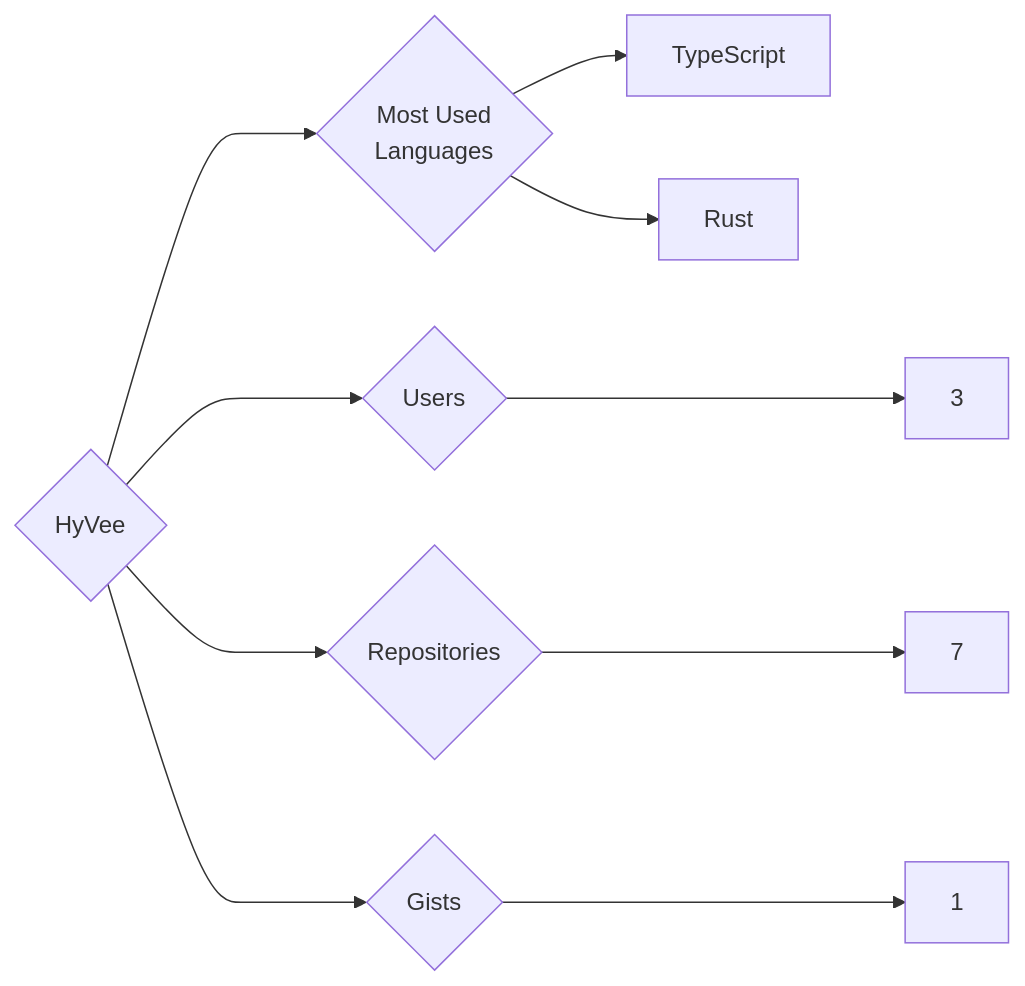
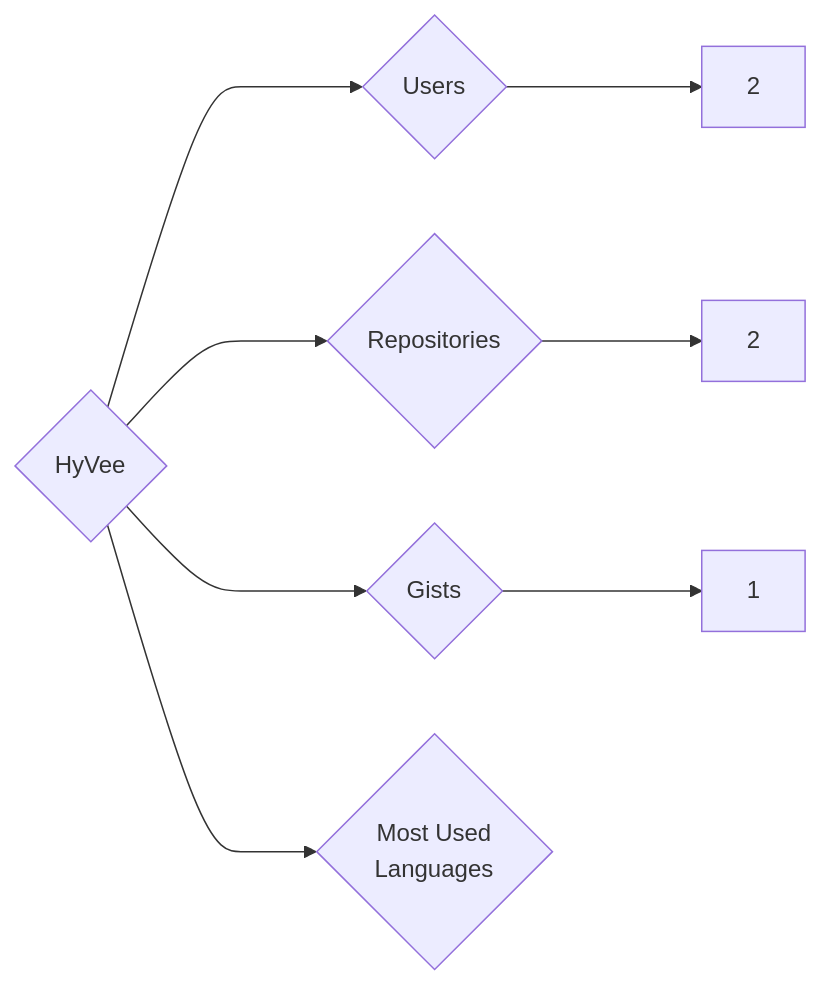
Before and after one commit to trickest/insiders: the diagram in targets/HyVee/README.md, drawn with Mermaid. The commit also changed 783 other files, not shown here.

````diff
--- a/targets/HyVee/README.md
+++ b/targets/HyVee/README.md
@@ -3,10 +3,8 @@
 ```mermaid
 graph LR
 COMPANY_NAME{HyVee}
-COMPANY_NAME ---> U{Users} ---> UN[3]
-COMPANY_NAME ---> R{Repositories} ---> RN[7]
+COMPANY_NAME ---> U{Users} ---> UN[2]
+COMPANY_NAME ---> R{Repositories} ---> RN[2]
 COMPANY_NAME ---> G{Gists} ---> GN[1]
 COMPANY_NAME ---> ML{Most Used<br>Languages}
-ML --> TypeScript[TypeScript]
-ML --> Rust[Rust]
 ```
````
